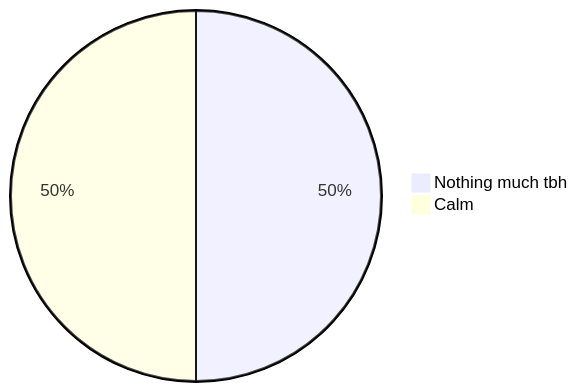
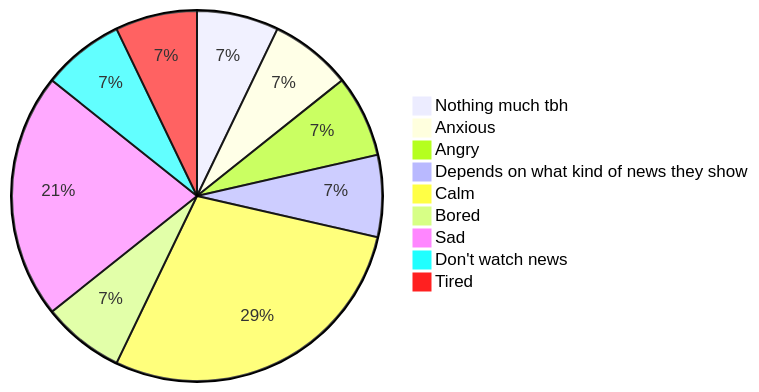
Before and after one commit to S4-Smart-mobile/S4-Smart-Mobile: the seventh of 17 diagrams in documentation/interviews-surveys/mood-mental-health-survey-V2.md, drawn with Mermaid. The commit also changed other lines of this file, not shown here.

````diff
--- a/documentation/interviews-surveys/mood-mental-health-survey-V2.md
+++ b/documentation/interviews-surveys/mood-mental-health-survey-V2.md
@@ -136,5 +158,12 @@
 ```mermaid
 pie
 "Nothing much tbh": 1
-"Calm": 1
+"Anxious": 1
+"Angry": 1
+"Depends on what kind of news they show": 1
+"Calm": 4
+"Bored": 1
+"Sad": 3
+"Don't watch news": 1
+"Tired": 1
 ```
````
